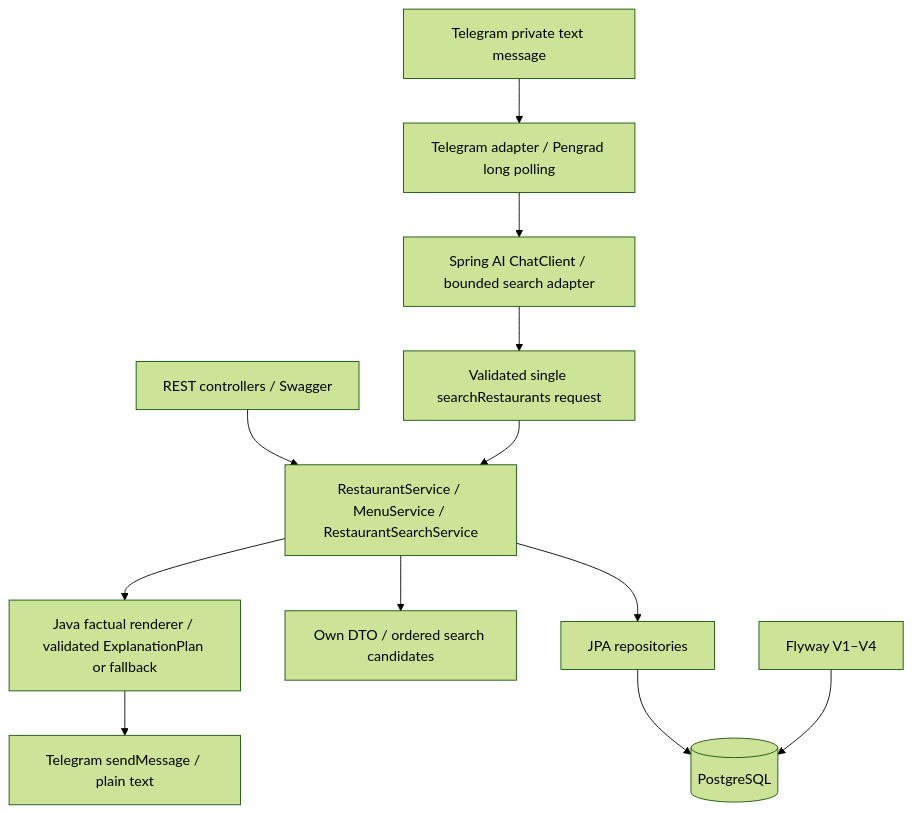
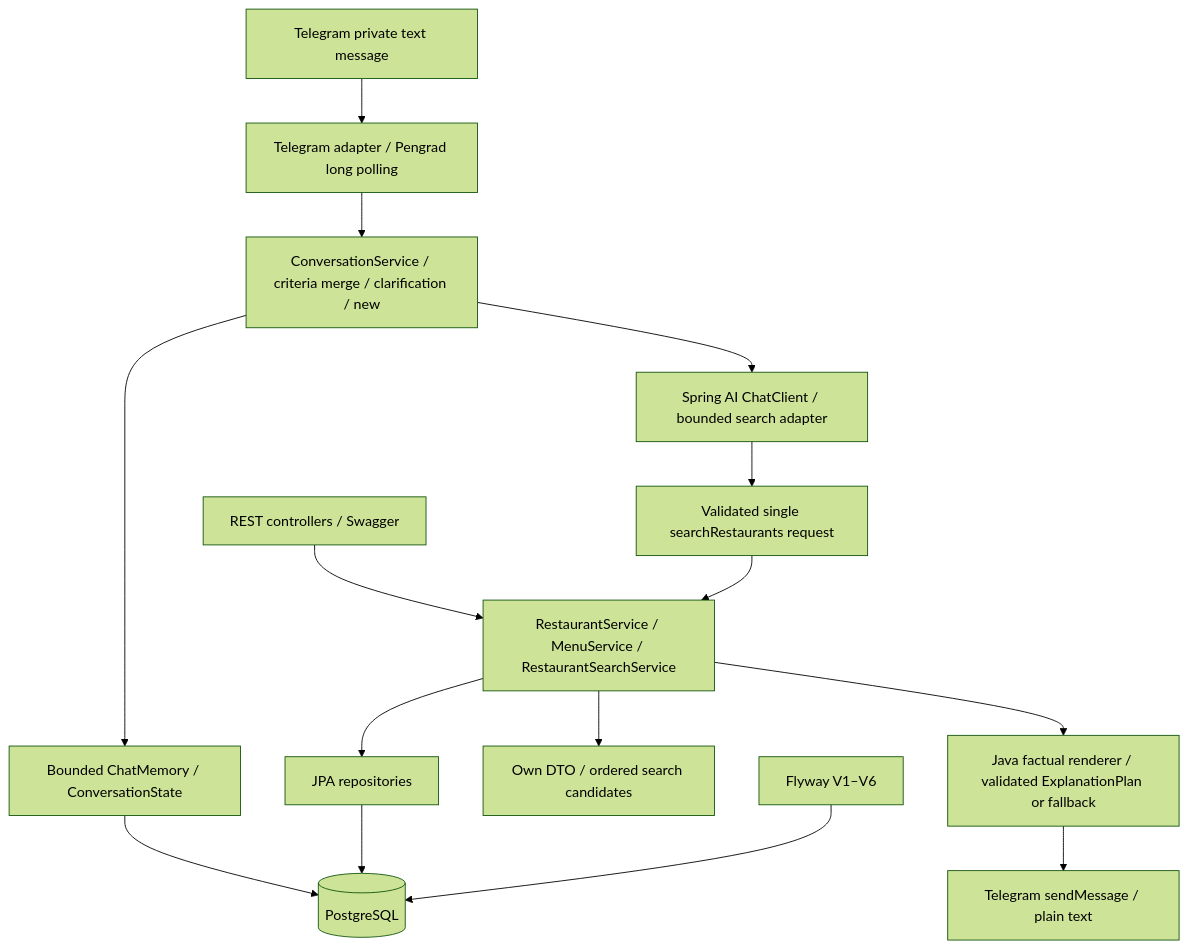
One commit to ilyakutarba-source/minsk-restaurant-ai-bot changed the diagram in docs/ARCHITECTURE.md. Above: the diagram before and after it, drawn with Mermaid (forest theme). The commit also changed other lines of this file and 29 other files, not shown here.

Commit message:
TASK-07 add conversation memory and criteria state

````diff
--- a/docs/ARCHITECTURE.md
+++ b/docs/ARCHITECTURE.md
@@ -9,14 +9,17 @@
 ```mermaid
 flowchart TD
     TELEGRAM[Telegram private text message] --> TRANSPORT[Telegram adapter / Pengrad long polling]
-    TRANSPORT --> AI
+    TRANSPORT --> CONVERSATION[ConversationService / criteria merge / clarification / new]
+    CONVERSATION --> MEMORY[Bounded ChatMemory / ConversationState]
+    MEMORY --> PG
+    CONVERSATION --> AI
     REST[REST controllers / Swagger] --> SERVICES[RestaurantService / MenuService / RestaurantSearchService]
     AI[Spring AI ChatClient / bounded search adapter] --> TOOL[Validated single searchRestaurants request]
     TOOL --> SERVICES
     SERVICES --> CARDS[Java factual renderer / validated ExplanationPlan or fallback]
     CARDS --> SEND[Telegram sendMessage / plain text]
     SERVICES --> DTO[Own DTO / ordered search candidates]
     SERVICES --> JPA[JPA repositories]
     JPA --> PG[(PostgreSQL)]
-    FLYWAY[Flyway V1–V4] --> PG
+    FLYWAY[Flyway V1–V6] --> PG
 ```
````
